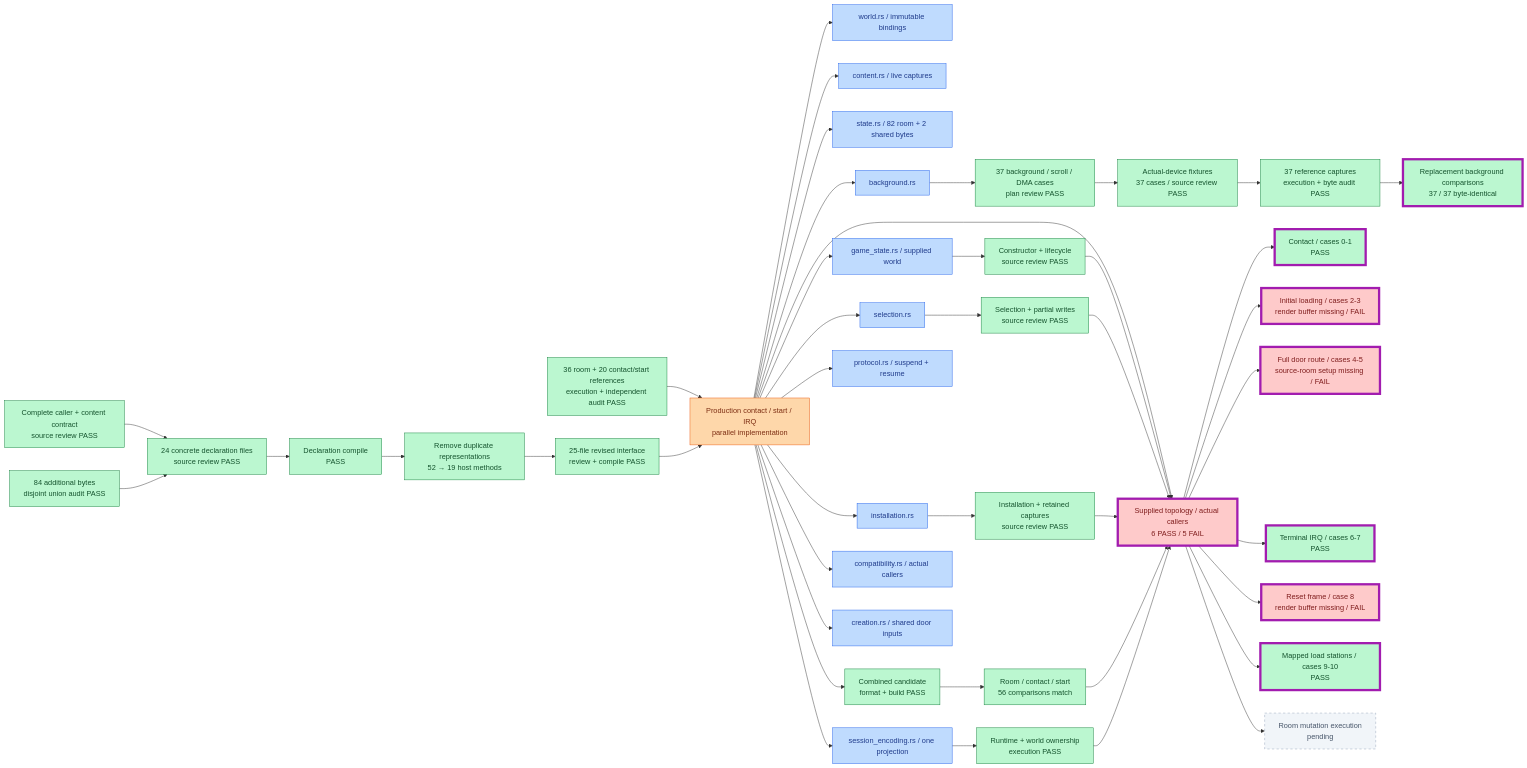
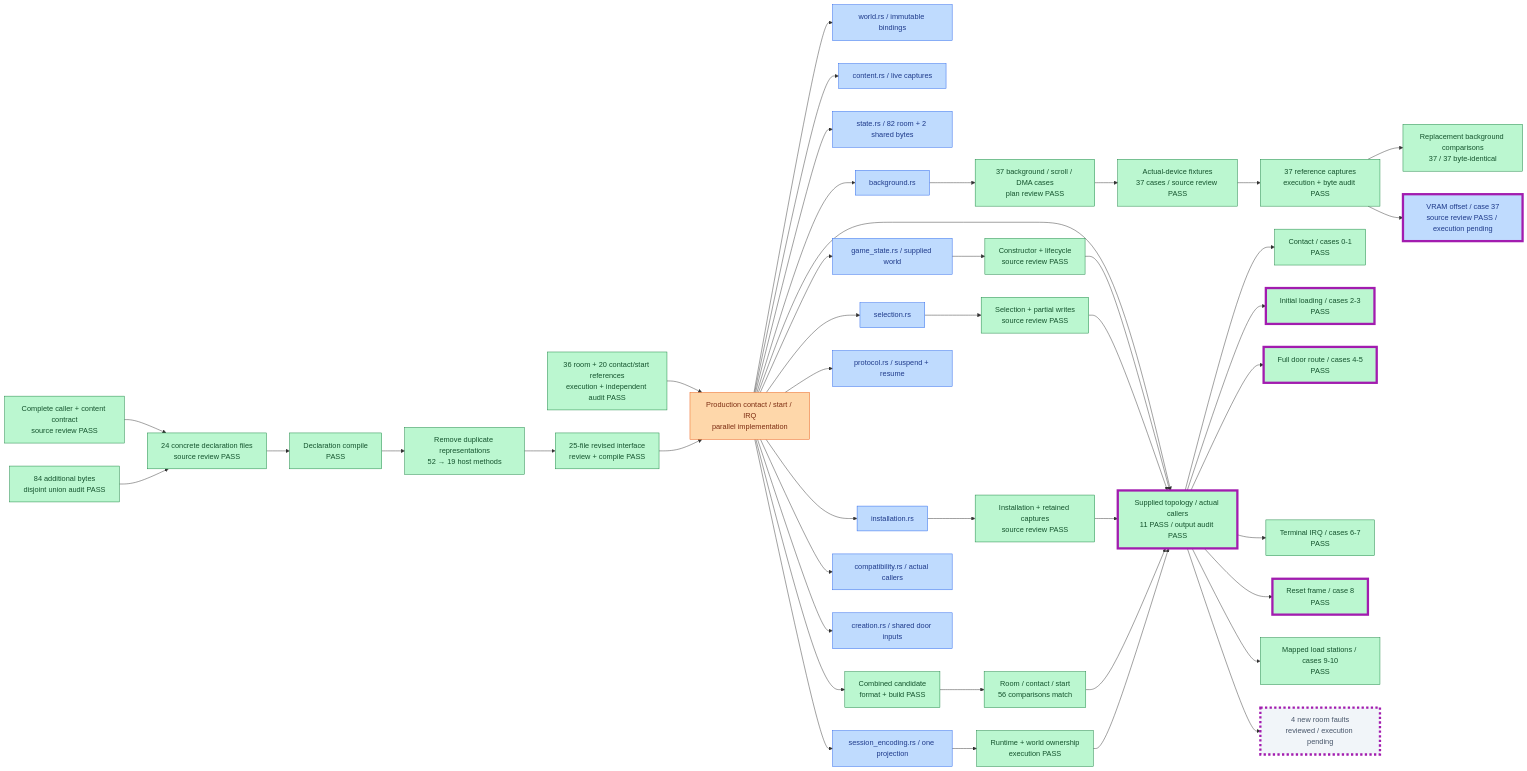
The second of 20 diagrams in PROGRESS.md (JimLundin/sm-decomp), drawn with Mermaid before and after one commit. The commit also changed 1 other file, not shown here.

Commit message:
Show all 11 world routes passing and audited; progress checks pass [skip ci]

````diff
--- a/PROGRESS.md
+++ b/PROGRESS.md
@@ -26,49 +26,50 @@
 ```mermaid
 flowchart LR
     RC["Complete caller + content contract<br/>source review PASS"]:::done --> RD["24 concrete declaration files<br/>source review PASS"]:::done
     RU["84 additional bytes<br/>disjoint union audit PASS"]:::done --> RD
     RR["36 room + 20 contact/start references<br/>execution + independent audit PASS"]:::done --> RI["Production contact / start / IRQ<br/>parallel implementation"]:::active
     RD --> RB["Declaration compile<br/>PASS"]:::done --> RS["Remove duplicate representations<br/>52 → 19 host methods"]:::done
     RS --> RV["25-file revised interface<br/>review + compile PASS"]:::done --> RI
     RI --> RW["world.rs / immutable bindings"]:::draft
     RI --> RCONTENT["content.rs / live captures"]:::draft
     RI --> RSTATE["state.rs / 82 room + 2 shared bytes"]:::draft
     RI --> RCODEC["session_encoding.rs / one projection"]:::draft
     RI --> ROWNER["game_state.rs / supplied world"]:::draft
     RI --> RSELECT["selection.rs"]:::draft
     RI --> RINSTALL["installation.rs"]:::draft
     ROWNER --> ROWNERCHECK["Constructor + lifecycle<br/>source review PASS"]:::done
     RSELECT --> RSELECTCHECK["Selection + partial writes<br/>source review PASS"]:::done
     RINSTALL --> RINSTALLCHECK["Installation + retained captures<br/>source review PASS"]:::done
     RI --> RPROTO["protocol.rs / suspend + resume"]:::draft
     RI --> RBG["background.rs"]:::draft
     RI --> RCOMPAT["compatibility.rs / actual callers"]:::draft
     RI --> RPLM["creation.rs / shared door inputs"]:::draft
-    RI --> RT["Supplied topology / actual callers<br/>6 PASS / 5 FAIL"]:::failed
+    RI --> RT["Supplied topology / actual callers<br/>11 PASS / output audit PASS"]:::done
     ROWNERCHECK --> RT
     RSELECTCHECK --> RT
     RINSTALLCHECK --> RT
     RBG --> RBPLAN["37 background / scroll / DMA cases<br/>plan review PASS"]:::done
     RBPLAN --> RBFIX["Actual-device fixtures<br/>37 cases / source review PASS"]:::done
     RBFIX --> RBCAP["37 reference captures<br/>execution + byte audit PASS"]:::done
     RI --> RBUILD["Combined candidate<br/>format + build PASS"]:::done
     RBUILD --> RCOMPARE["Room / contact / start<br/>56 comparisons match"]:::done
     RCODEC --> RGUARD["Runtime + world ownership<br/>execution PASS"]:::done
     RBCAP --> RBVERIFY["Replacement background comparisons<br/>37 / 37 byte-identical"]:::done
     RCOMPARE --> RT
     RGUARD --> RT
     RT --> WCONTACT["Contact / cases 0-1<br/>PASS"]:::done
-    RT --> WSTART["Initial loading / cases 2-3<br/>render buffer missing / FAIL"]:::failed
-    RT --> WDOOR["Full door route / cases 4-5<br/>source-room setup missing / FAIL"]:::failed
+    RT --> WSTART["Initial loading / cases 2-3<br/>PASS"]:::done
+    RT --> WDOOR["Full door route / cases 4-5<br/>PASS"]:::done
     RT --> WIRQ["Terminal IRQ / cases 6-7<br/>PASS"]:::done
-    RT --> WRESET["Reset frame / case 8<br/>render buffer missing / FAIL"]:::failed
+    RT --> WRESET["Reset frame / case 8<br/>PASS"]:::done
     RT --> WSTATION["Mapped load stations / cases 9-10<br/>PASS"]:::done
-    RT --> RMUT["Room mutation execution<br/>pending"]:::pending
-    class RT,RBVERIFY,WCONTACT,WSTART,WDOOR,WIRQ,WRESET,WSTATION changed
+    RT --> RMUT["4 new room faults<br/>reviewed / execution pending"]:::pending
+    RBCAP --> ROFFSET["VRAM offset / case 37<br/>source review PASS / execution pending"]:::draft
+    class RT,WSTART,WDOOR,WRESET,RMUT,ROFFSET changed
     classDef done fill:#bbf7d0,stroke:#15803d,color:#14532d
     classDef draft fill:#bfdbfe,stroke:#2563eb,color:#1e3a8a
     classDef failed fill:#fecaca,stroke:#dc2626,color:#7f1d1d
     classDef active fill:#fed7aa,stroke:#ea580c,color:#7c2d12
     classDef pending fill:#f1f5f9,stroke:#94a3b8,color:#475569,stroke-dasharray:5 5
     classDef changed stroke:#a21caf,stroke-width:5px
 ```
````
